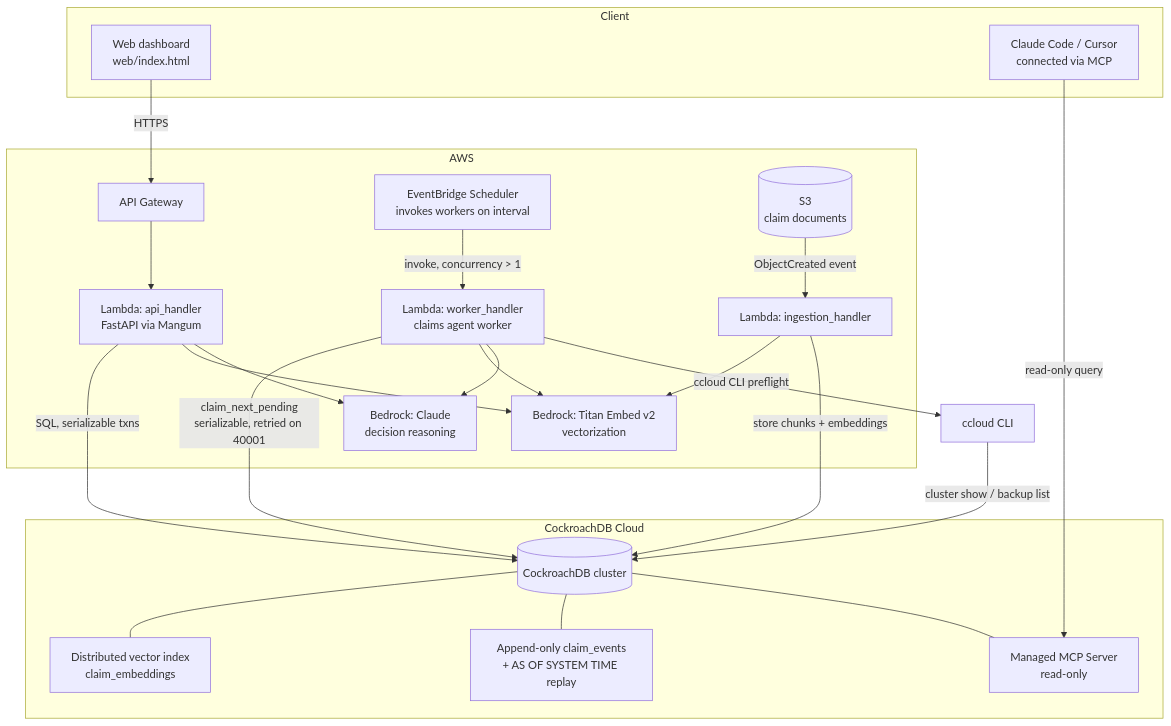
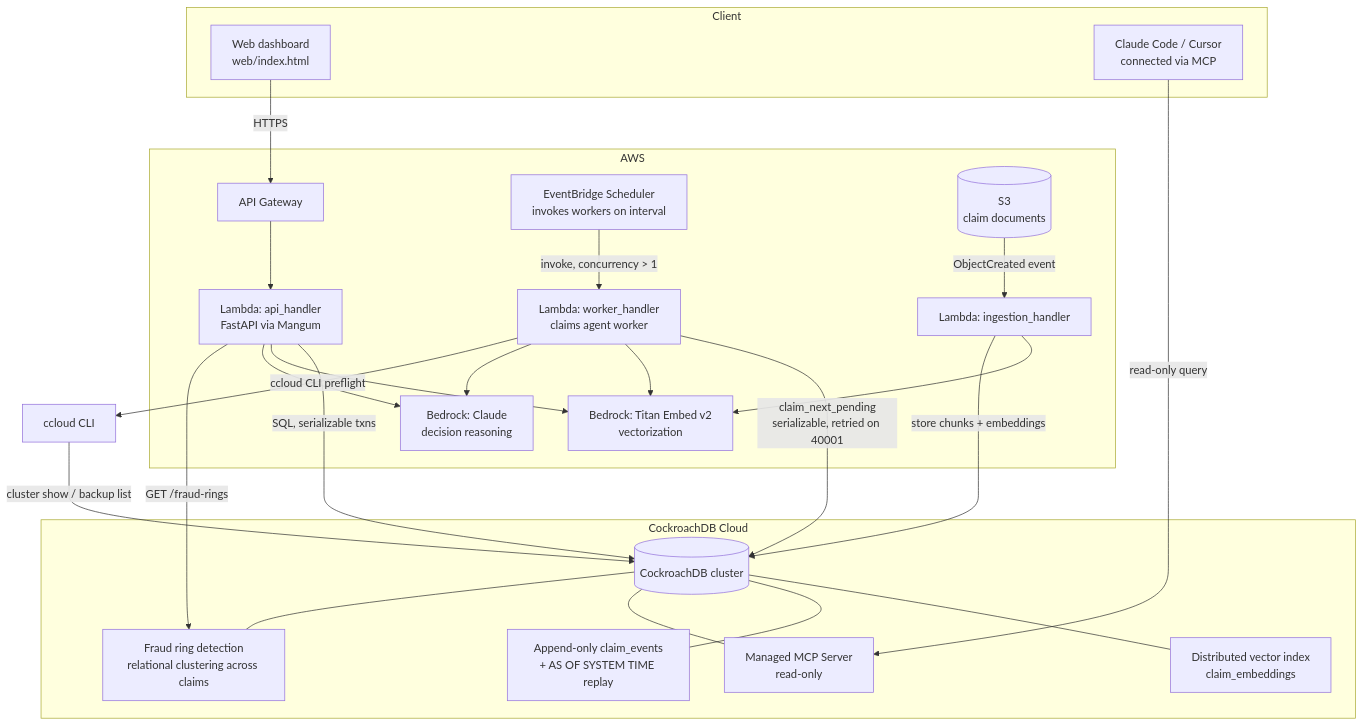
Before and after one commit to Thrinayani39e/verity: the diagram in ARCHITECTURE.md, drawn with Mermaid. The commit also changed other lines of this file and 13 other files, not shown here.

````diff
--- a/ARCHITECTURE.md
+++ b/ARCHITECTURE.md
@@ -3,46 +3,49 @@
 ```mermaid
 flowchart TB
     subgraph Client
         WEB[Web dashboard<br/>web/index.html]
         MCP_CLIENT[Claude Code / Cursor<br/>connected via MCP]
     end
 
     subgraph AWS
         APIGW[API Gateway]
         LAMBDA_API[Lambda: api_handler<br/>FastAPI via Mangum]
         LAMBDA_WORKER[Lambda: worker_handler<br/>claims agent worker]
         EVENTBRIDGE[EventBridge Scheduler<br/>invokes workers on interval]
         LAMBDA_INGEST[Lambda: ingestion_handler]
         S3[(S3<br/>claim documents)]
         BEDROCK_LLM[Bedrock: Claude<br/>decision reasoning]
         BEDROCK_EMBED[Bedrock: Titan Embed v2<br/>vectorization]
     end
 
     subgraph CockroachDB Cloud
         CRDB[(CockroachDB cluster)]
         VEC[Distributed vector index<br/>claim_embeddings]
         AUDIT[Append-only claim_events<br/>+ AS OF SYSTEM TIME replay]
         MCP_SERVER[Managed MCP Server<br/>read-only]
+        FRAUD[Fraud ring detection<br/>relational clustering across claims]
     end
 
     WEB -->|HTTPS| APIGW --> LAMBDA_API
     LAMBDA_API -->|SQL, serializable txns| CRDB
     LAMBDA_API --> BEDROCK_EMBED
     LAMBDA_API --> BEDROCK_LLM
 
     EVENTBRIDGE -->|invoke, concurrency > 1| LAMBDA_WORKER
     LAMBDA_WORKER -->|claim_next_pending<br/>serializable, retried on 40001| CRDB
     LAMBDA_WORKER --> BEDROCK_EMBED
     LAMBDA_WORKER --> BEDROCK_LLM
     LAMBDA_WORKER -->|ccloud CLI preflight| CCLOUD[ccloud CLI]
     CCLOUD -->|cluster show / backup list| CRDB
 
     S3 -->|ObjectCreated event| LAMBDA_INGEST
     LAMBDA_INGEST --> BEDROCK_EMBED
     LAMBDA_INGEST -->|store chunks + embeddings| CRDB
 
     CRDB --- VEC
     CRDB --- AUDIT
     CRDB --- MCP_SERVER
+    CRDB --- FRAUD
+    LAMBDA_API -->|GET /fraud-rings| FRAUD
     MCP_CLIENT -->|read-only query| MCP_SERVER
 ```
````
